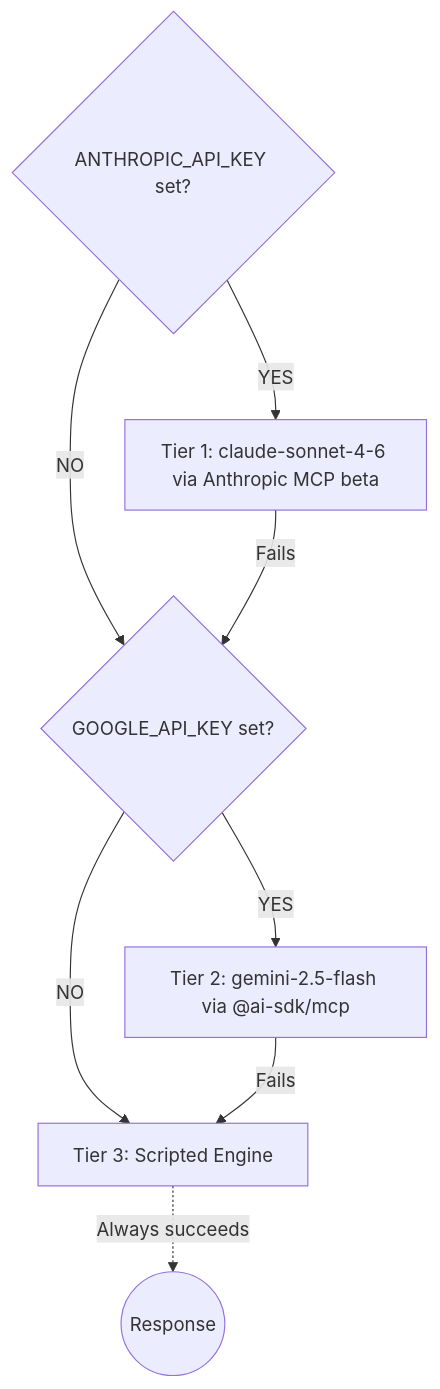
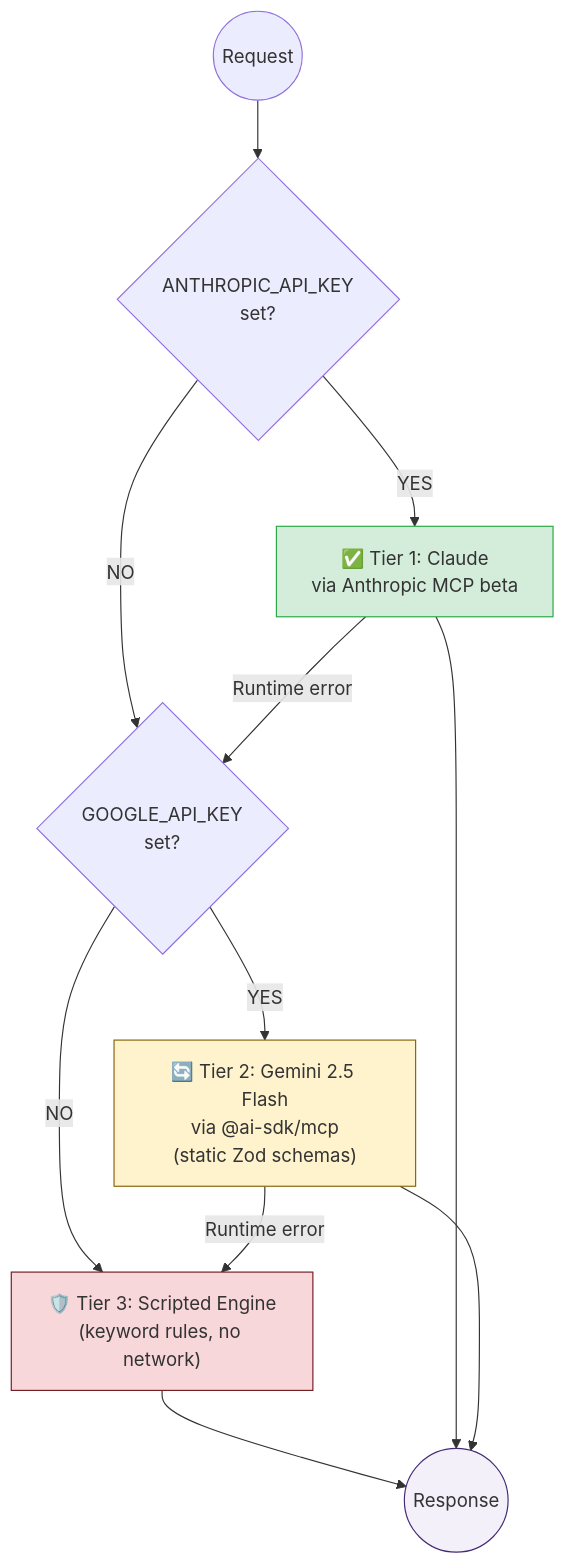
The second of 3 diagrams in README.md (LasaKaru/kapri), drawn with Mermaid before and after one commit. The commit also changed other lines of this file, not shown here.

Commit message:
docs: update README with tech stack adjustments, new seasonal features, and revised architecture diagrams

````diff
--- a/README.md
+++ b/README.md
@@ -76,15 +80,23 @@
 ```mermaid
 flowchart TD
-    Start{ANTHROPIC_API_KEY set?}
-    Start -- YES --> T1[Tier 1: claude-sonnet-4-6 via Anthropic MCP beta]
-    Start -- NO --> Start2
-    
-    T1 -- Fails --> Start2{GOOGLE_API_KEY set?}
-    
-    Start2 -- YES --> T2[Tier 2: gemini-2.5-flash via @ai-sdk/mcp]
-    Start2 -- NO --> T3
-    
-    T2 -- Fails --> T3[Tier 3: Scripted Engine]
-    
-    T3 -.-> |Always succeeds| End((Response))
+    REQ((Request)) --> CHECK1{ANTHROPIC_API_KEY<br/>set?}
+
+    CHECK1 -- YES --> T1["✅ Tier 1: Claude<br/>via Anthropic MCP beta"]
+    CHECK1 -- NO --> CHECK2
+
+    T1 -- "Runtime error" --> CHECK2{GOOGLE_API_KEY<br/>set?}
+
+    CHECK2 -- YES --> T2["🔄 Tier 2: Gemini 2.5 Flash<br/>via @ai-sdk/mcp<br/>(static Zod schemas)"]
+    CHECK2 -- NO --> T3
+
+    T2 -- "Runtime error" --> T3["🛡️ Tier 3: Scripted Engine<br/>(keyword rules, no network)"]
+
+    T3 --> RES((Response))
+    T1 --> RES
+    T2 --> RES
+
+    style T1 fill:#d4edda,stroke:#28a745
+    style T2 fill:#fff3cd,stroke:#856404
+    style T3 fill:#f8d7da,stroke:#721c24
+    style RES fill:#f3f0fa,stroke:#442A73
 ```
````
